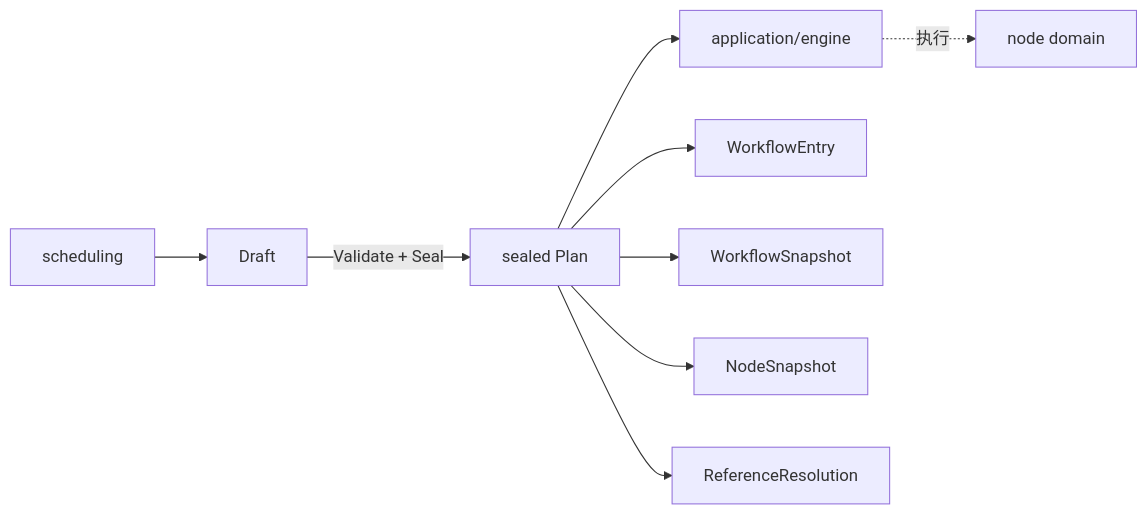
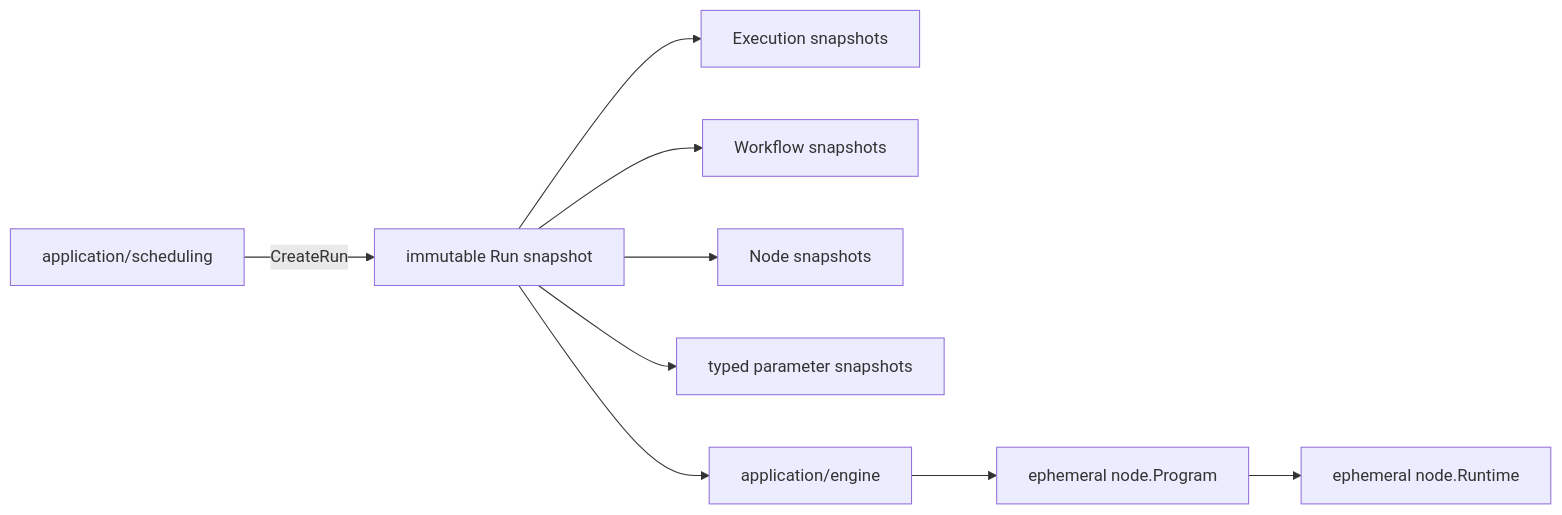
The diagram in docs/domains/execution.md (Capsule7446/healix-core), drawn with Mermaid before and after one commit. The commit also changed other lines of this file and 180 other files, not shown here.

````diff
--- a/docs/domains/execution.md
+++ b/docs/domains/execution.md
@@ -6,11 +6,11 @@
 ```mermaid
 flowchart LR
-  Scheduling[scheduling] --> Draft
-  Draft -->|Validate + Seal| Plan[sealed Plan]
-  Plan --> Engine[application/engine]
-  Plan --> Entries[WorkflowEntry]
-  Plan --> Workflows[WorkflowSnapshot]
-  Plan --> Nodes[NodeSnapshot]
-  Plan --> Refs[ReferenceResolution]
-  Engine -.执行.-> Node[node domain]
+  Scheduling[application/scheduling] -->|CreateRun| Run[immutable Run snapshot]
+  Run --> Executions[Execution snapshots]
+  Run --> Workflows[Workflow snapshots]
+  Run --> Nodes[Node snapshots]
+  Run --> Params[typed parameter snapshots]
+  Run --> Engine[application/engine]
+  Engine --> Program[ephemeral node.Program]
+  Program --> Runtime[ephemeral node.Runtime]
 ```
````
